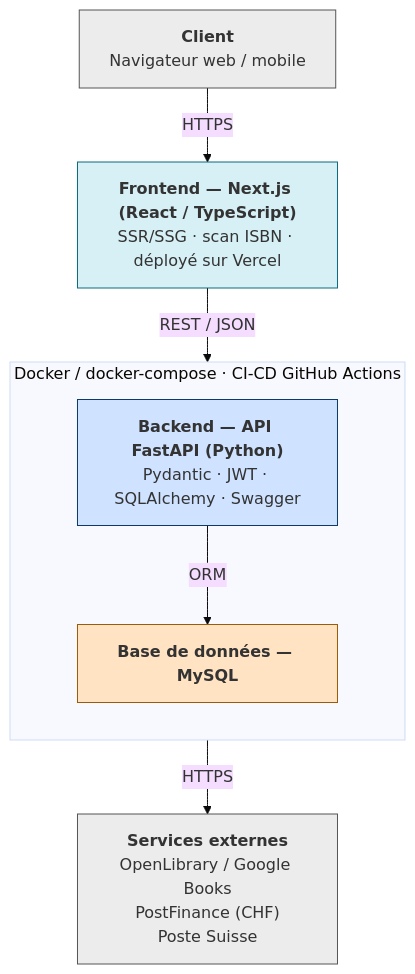
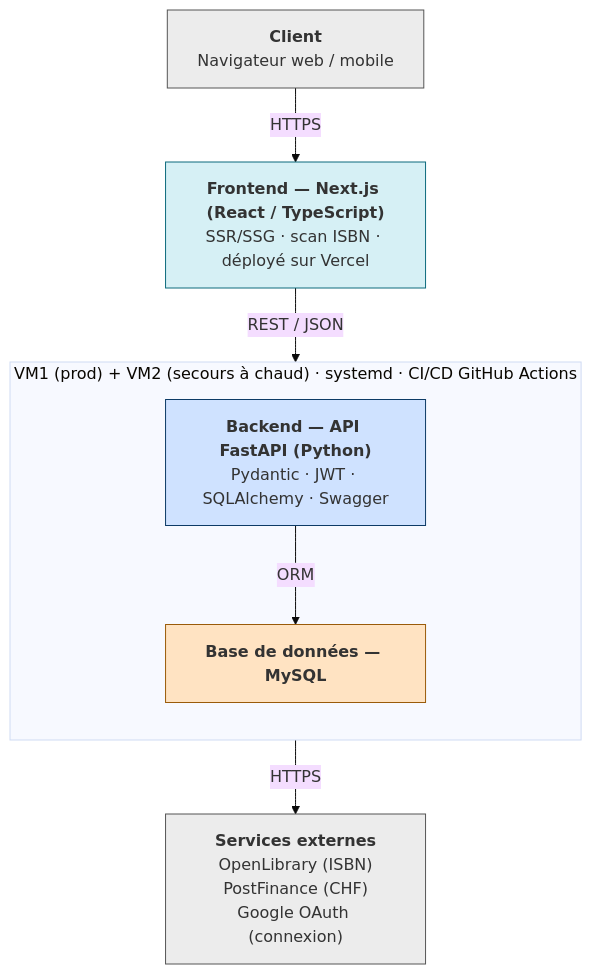
Before and after one commit to Visualstudiocodetest/caribooks: the diagram in diagrams/architecture.mmd, drawn with Mermaid (base theme). The commit also changed 27 other files, not shown here.

```diff
--- a/diagrams/architecture.mmd
+++ b/diagrams/architecture.mmd
@@ -1,26 +1,26 @@
-%% Architecture technique — FastAPI / Next.js / MySQL / PostFinance / Docker
+%% Architecture technique — FastAPI / Next.js / MySQL / PostFinance
 flowchart TB
     client["<b>Client</b><br/>Navigateur web / mobile"]
     front["<b>Frontend — Next.js (React / TypeScript)</b><br/>SSR/SSG · scan ISBN · déployé sur Vercel"]
-    subgraph docker["Docker / docker-compose · CI-CD GitHub Actions"]
+    subgraph vms["VM1 (prod) + VM2 (secours à chaud) · systemd · CI/CD GitHub Actions"]
         direction TB
         api["<b>Backend — API FastAPI (Python)</b><br/>Pydantic · JWT · SQLAlchemy · Swagger"]
         db["<b>Base de données — MySQL</b>"]
         api -->|ORM| db
     end
-    ext["<b>Services externes</b><br/>OpenLibrary / Google Books<br/>PostFinance (CHF)<br/>Poste Suisse"]
+    ext["<b>Services externes</b><br/>OpenLibrary (ISBN)<br/>PostFinance (CHF)<br/>Google OAuth (connexion)"]
 
     client -->|HTTPS| front
     front -->|REST / JSON| api
     api -->|HTTPS| ext
 
     classDef client fill:#ececec,stroke:#555;
     classDef front fill:#d6f0f5,stroke:#0d6b7d;
     classDef api fill:#cfe2ff,stroke:#0d3b66;
     classDef db fill:#ffe3c2,stroke:#9a5b0a;
     classDef ext fill:#ececec,stroke:#555;
     class client client;
     class front front;
     class api api;
     class db db;
     class ext ext;
```
